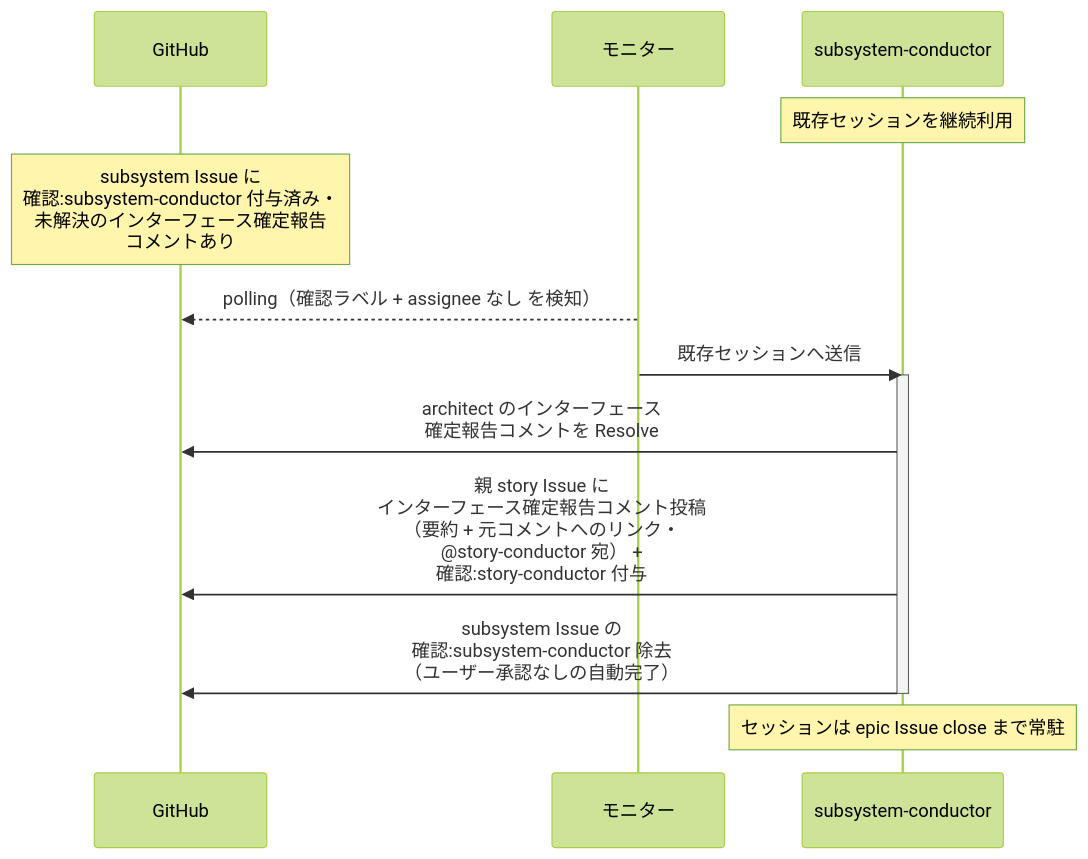
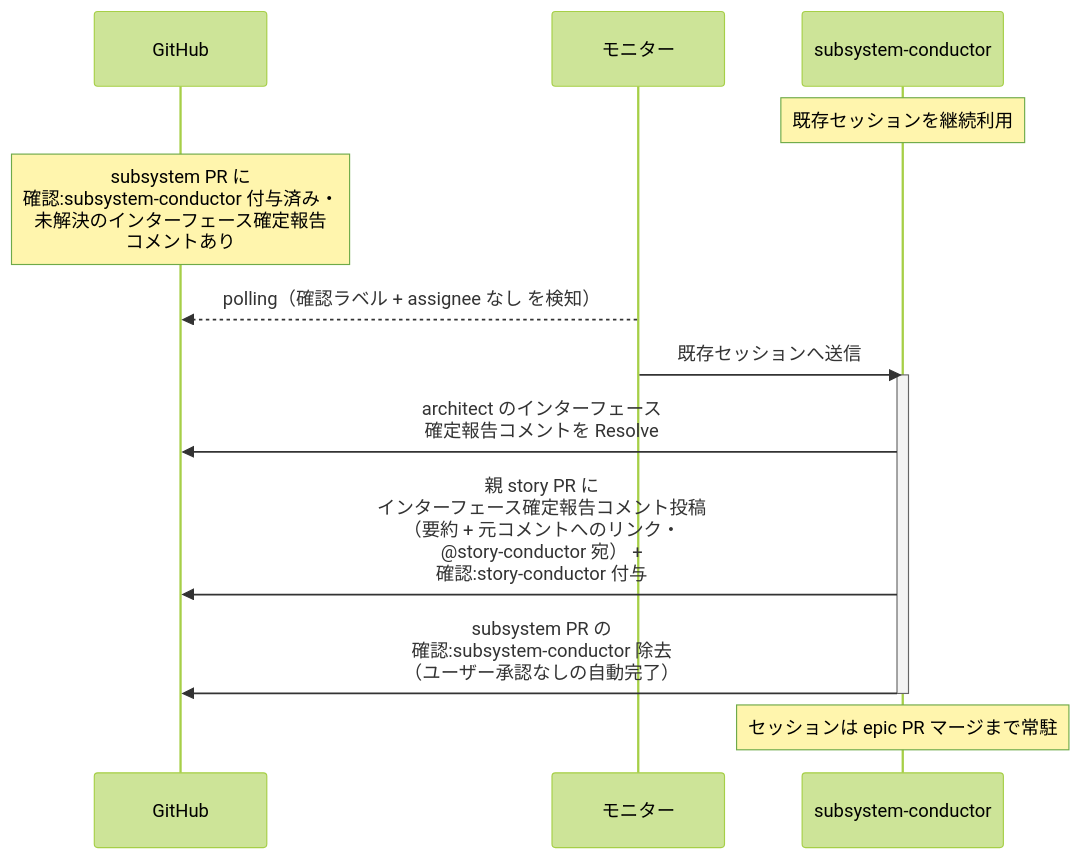
One commit to shuhei1101/ai-monitor changed the diagram in docs/wiki/設計図/シナリオ/単一ユースケース/インターフェース確定の中継.md. Above: the diagram before and after it, drawn with Mermaid (forest theme). The commit also changed other lines of this file and 256 other files, not shown here.

````diff
--- a/docs/wiki/設計図/シナリオ/単一ユースケース/インターフェース確定の中継.md
+++ b/docs/wiki/設計図/シナリオ/単一ユースケース/インターフェース確定の中継.md
@@ -27,17 +27,17 @@
 ```mermaid
 sequenceDiagram
   participant GH as GitHub
   participant ORC as モニター
   participant MON as subsystem-conductor
 
   Note over MON: 既存セッションを継続利用
-  Note over GH: subsystem Issue に<br>確認:subsystem-conductor 付与済み・<br>未解決のインターフェース確定報告<br>コメントあり
+  Note over GH: subsystem PR に<br>確認:subsystem-conductor 付与済み・<br>未解決のインターフェース確定報告<br>コメントあり
   ORC-->>GH: polling（確認ラベル + assignee なし を検知）
   ORC->>MON: 既存セッションへ送信
   activate MON
   MON->>GH: architect のインターフェース<br>確定報告コメントを Resolve
-  MON->>GH: 親 story Issue に<br>インターフェース確定報告コメント投稿<br>（要約 + 元コメントへのリンク・<br>@story-conductor 宛） +<br>確認:story-conductor 付与
-  MON->>GH: subsystem Issue の<br>確認:subsystem-conductor 除去<br>（ユーザー承認なしの自動完了）
+  MON->>GH: 親 story PR に<br>インターフェース確定報告コメント投稿<br>（要約 + 元コメントへのリンク・<br>@story-conductor 宛） +<br>確認:story-conductor 付与
+  MON->>GH: subsystem PR の<br>確認:subsystem-conductor 除去<br>（ユーザー承認なしの自動完了）
   deactivate MON
-  Note over MON: セッションは epic Issue close まで常駐
+  Note over MON: セッションは epic PR マージまで常駐
 ```
````
